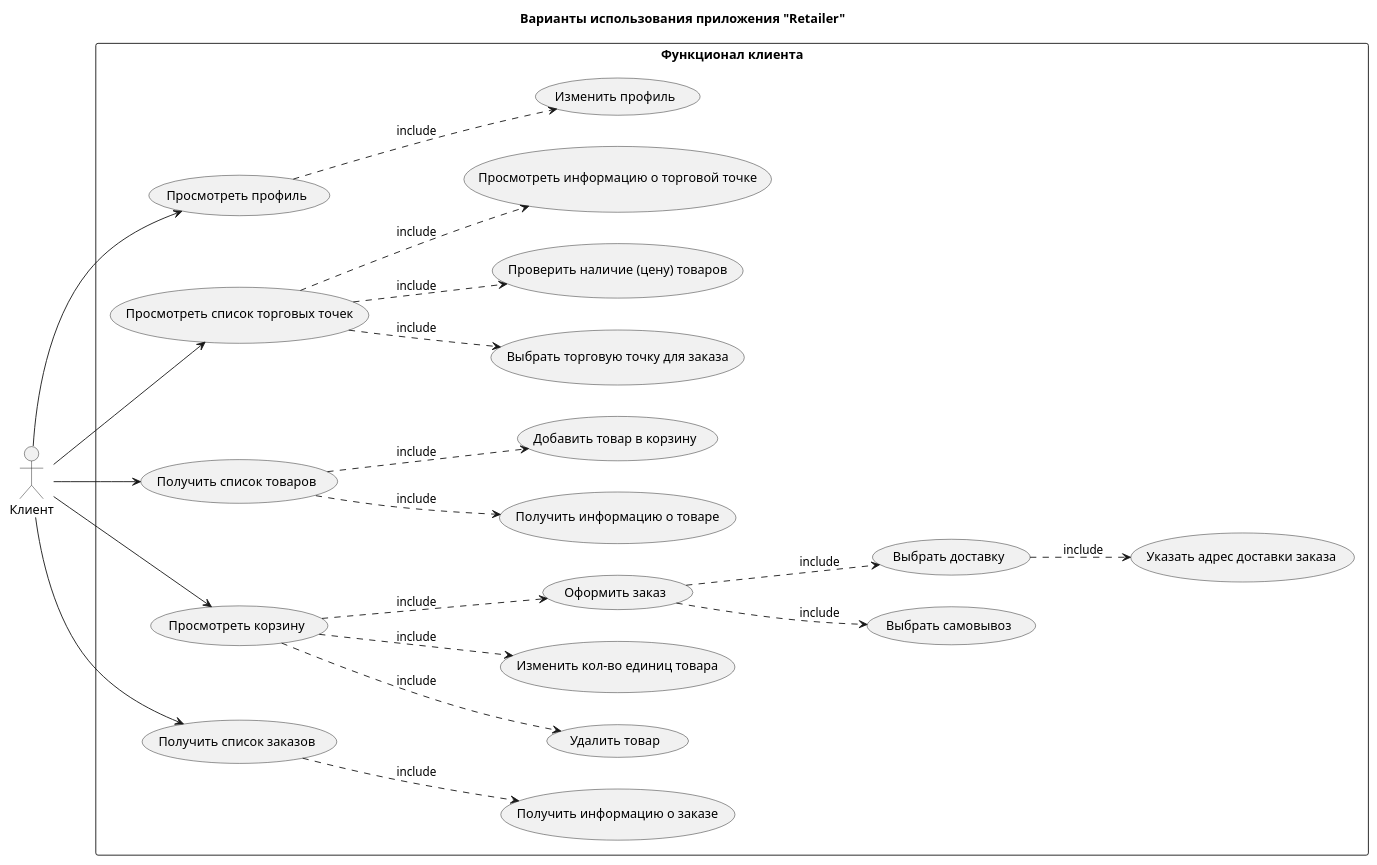
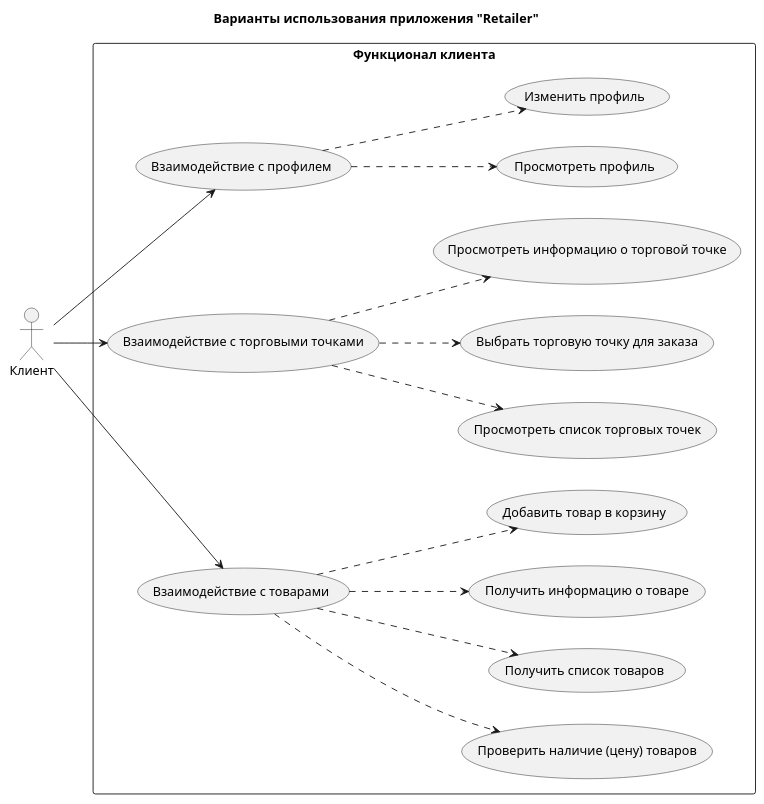
One commit to ivaaahn/retailer changed the diagram in docs/usecase-client.puml. Above: the diagram before and after it, drawn with PlantUML. The commit also changed 24 other files, not shown here.

```diff
--- a/docs/usecase-client.puml
+++ b/docs/usecase-client.puml
@@ -1,59 +1,44 @@
 @startuml "Retailer"
 
 title Варианты использования приложения "Retailer"
 
 left to right direction
 
 actor :Клиент: as Cli
 
 rectangle "Функционал клиента" {
+    usecase "Взаимодействие с профилем" as Profile
     usecase "Просмотреть профиль" as CheckProfile
     usecase "Изменить профиль" as UpdateProfile
 
+
+    usecase "Взаимодействие с торговыми точками" as Shops
     usecase "Просмотреть список торговых точек" as ShopList
     usecase "Выбрать торговую точку для заказа" as ChooseShop
-    usecase "Проверить наличие (цену) товаров" as ShopProductsInfo
     usecase "Просмотреть информацию о торговой точке" as ShopInfo
 
+
+    usecase "Взаимодействие с товарами" as Products
+    usecase "Проверить наличие (цену) товаров" as ShopProductsInfo
     usecase "Получить список товаров" as CliProductsListInfo
     usecase "Получить информацию о товаре" as ShopProductInfo
     usecase "Добавить товар в корзину" as AddProductToCart
-
-    usecase "Просмотреть корзину" as CheckCart
-    usecase "Удалить товар" as RemoveProductFromCart
-    usecase "Изменить кол-во единиц товара" as EditProductInCart
-    usecase "Оформить заказ" as ApplyOrder
-    usecase "Выбрать самовывоз" as TakeawayOrder
-    usecase "Выбрать доставку" as DeliveringOrder
-    usecase "Указать адрес доставки заказа" as ChooseAddressToDeliveryOrder
-
-    usecase "Получить список заказов" as OrdersList
-    usecase "Получить информацию о заказе" as OrderInfo
 }
 
 
-Cli --> ShopList
-ShopList ..> ShopInfo : include
-ShopList ..> ChooseShop : include
-ShopList ..> ShopProductsInfo : include
+Cli --> Profile
+Profile ..> CheckProfile
+Profile ..> UpdateProfile
 
-Cli --> CliProductsListInfo
-CliProductsListInfo ..> AddProductToCart : include
-CliProductsListInfo ..> ShopProductInfo : include
+Cli --> Products
+Products ..> ShopProductsInfo
+Products ..> CliProductsListInfo
+Products ..> ShopProductInfo
+Products ..> AddProductToCart
 
-Cli --> OrdersList
-OrdersList ..> OrderInfo : include
-
-Cli --> CheckCart
-CheckCart ..> RemoveProductFromCart : include
-CheckCart ..> EditProductInCart : include
-CheckCart ..> ApplyOrder : include
-ApplyOrder ..> TakeawayOrder : include
-ApplyOrder ..> DeliveringOrder : include
-DeliveringOrder ..> ChooseAddressToDeliveryOrder : include
-
-Cli --> CheckProfile
-CheckProfile ..> UpdateProfile : include
-
+Cli --> Shops
+Shops ..> ShopList
+Shops ..> ShopInfo
+Shops ..> ChooseShop
 
 @enduml
```
